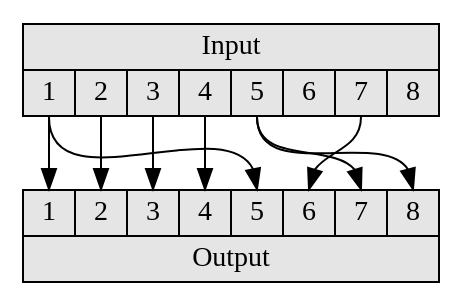
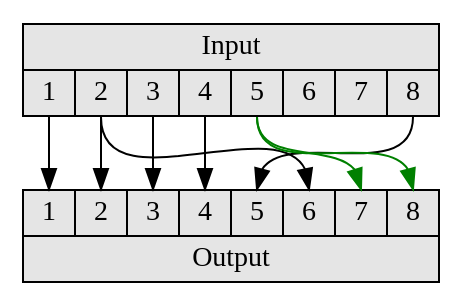
One commit to avmaint/uactechdoc changed the diagram in sdv-PSnormal.gv. Above: the diagram before and after it, drawn with Graphviz. The commit also changed 10 other files, not shown here.

```diff
--- a/sdv-PSnormal.gv
+++ b/sdv-PSnormal.gv
@@ -1,21 +1,19 @@
 digraph psNormal { 
   
-  
-  # a comment
 graph [ 
       tooltip=" ", 
       fontname = Helvetica]
  
 node [shape=record, style=filled, fillcolor=grey90] 
 input [label="{Input|{<1>1|<2>2|<3>3|<4>4|<5>5|<6>6|<7>7|<8>8}}"]
 output [label="{{<1>1|<2>2|<3>3|<4>4|<5>5|<6>6|<7>7|<8>8}|Output}"]
 
 input:1 -> output:1
 input:2 -> output:2
+input:2 -> output:6 
 input:3 -> output:3
 input:4 -> output:4
-input:1 -> output:5
-input:7 -> output:6
-input:5 -> output:7
-input:5 -> output:8
+input:8 -> output:5 
+input:5 -> output:7 [color="green"]
+input:5 -> output:8 [color="green"]
 } 
```
